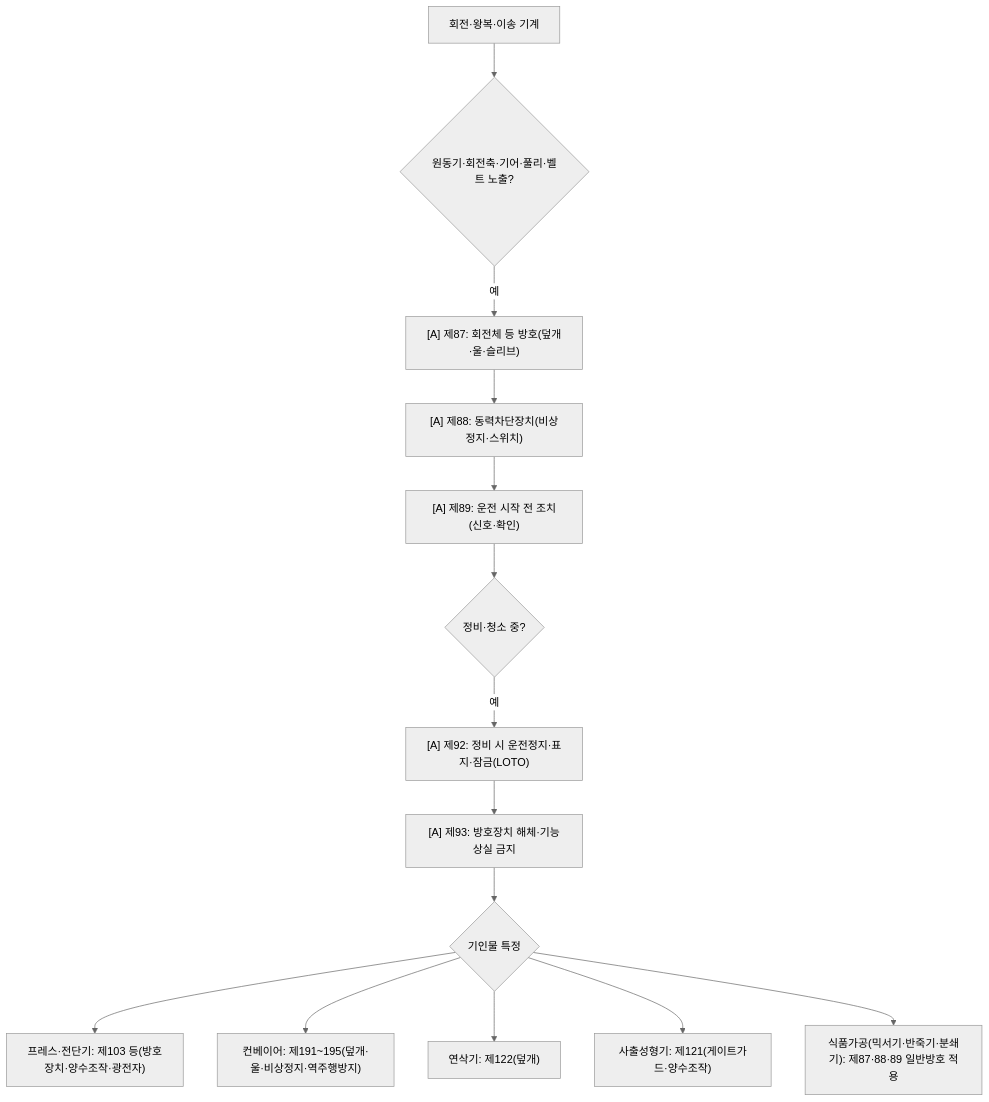
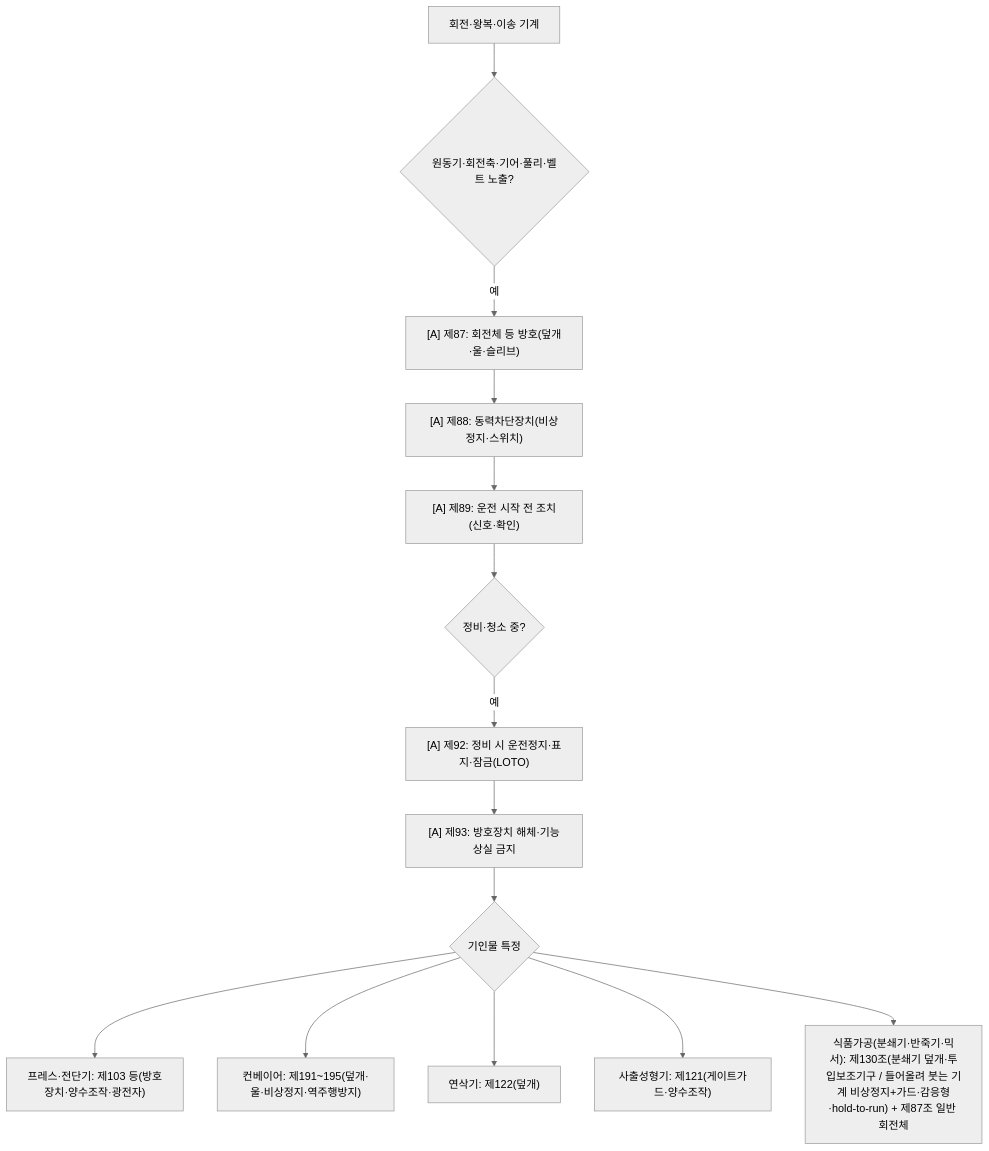
One commit to jinbless/arch-bot changed the diagram in docs/knowledge/감독관-판단기준/H03-끼임협착회전체.md. Above: the diagram before and after it, drawn with Mermaid (neutral theme). The commit also changed other lines of this file and 4 other files, not shown here.

````diff
--- a/docs/knowledge/감독관-판단기준/H03-끼임협착회전체.md
+++ b/docs/knowledge/감독관-판단기준/H03-끼임협착회전체.md
@@ -5,16 +5,16 @@
 ```mermaid
 flowchart TD
   A[회전·왕복·이송 기계] --> B{원동기·회전축·기어·풀리·벨트 노출?}
   B -->|예| C["[A] 제87: 회전체 등 방호(덮개·울·슬리브)"]
   C --> D["[A] 제88: 동력차단장치(비상정지·스위치)"]
   D --> E["[A] 제89: 운전 시작 전 조치(신호·확인)"]
   E --> F{정비·청소 중?}
   F -->|예| G["[A] 제92: 정비 시 운전정지·표지·잠금(LOTO)"]
   G --> H["[A] 제93: 방호장치 해체·기능상실 금지"]
   H --> I{기인물 특정}
   I --> J["프레스·전단기: 제103 등(방호장치·양수조작·광전자)"]
   I --> K["컨베이어: 제191~195(덮개·울·비상정지·역주행방지)"]
   I --> L["연삭기: 제122(덮개)"]
   I --> M["사출성형기: 제121(게이트가드·양수조작)"]
-  I --> N["식품가공(믹서기·반죽기·분쇄기): 제87·88·89 일반방호 적용"]
+  I --> N["식품가공(분쇄기·반죽기·믹서): 제130조(분쇄기 덮개·투입보조기구 / 들어올려 붓는 기계 비상정지+가드·감응형·hold-to-run) + 제87조 일반 회전체"]
 ```
````
